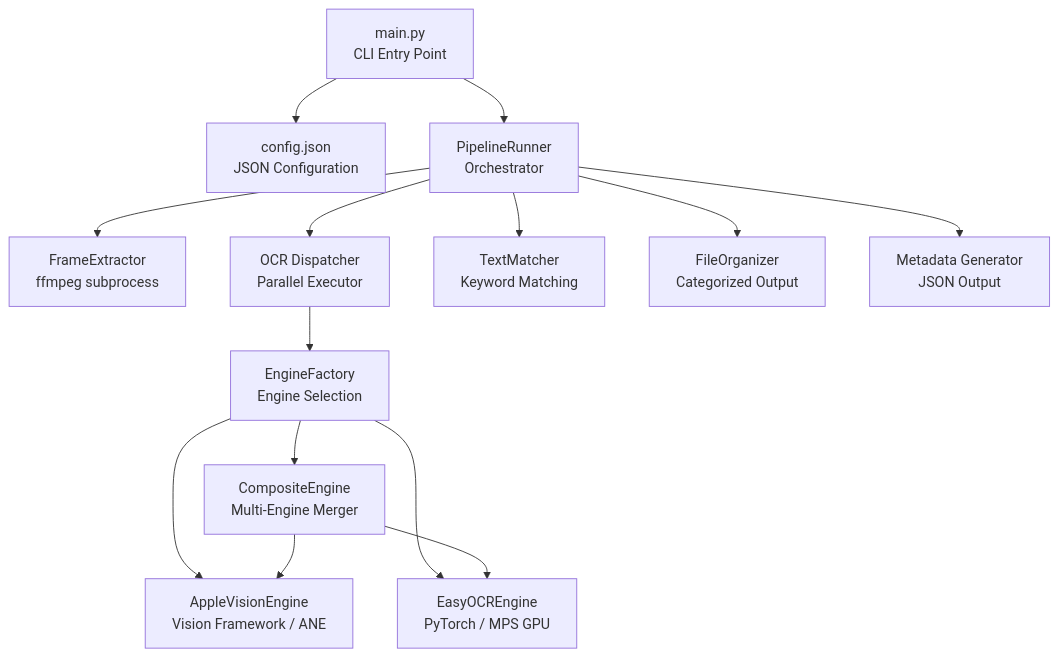
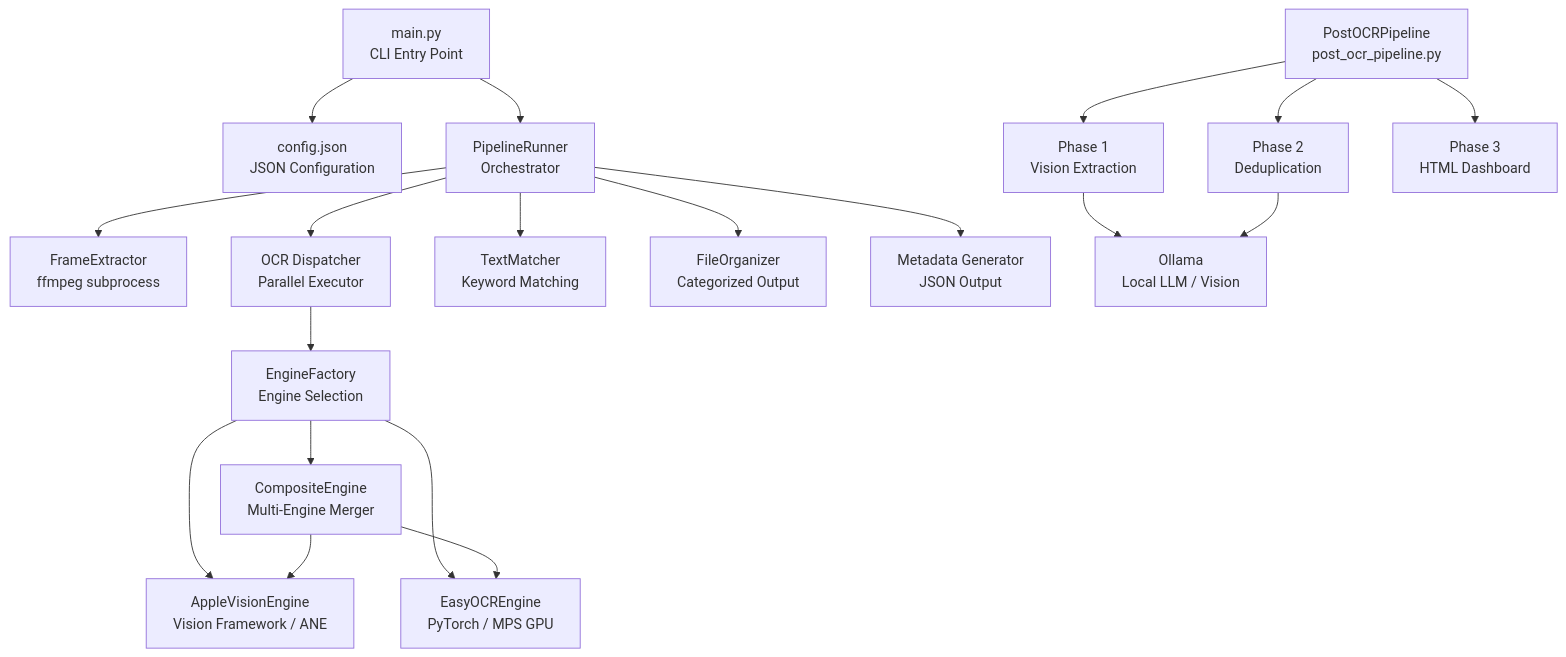
One commit to Mukhar/LOCALOCR changed the first of 6 diagrams in ARCHITECTURE.md. Above: the diagram before and after it, drawn with Mermaid. The commit also changed other lines of this file and 1 other file, not shown here.

Commit message:
feat: enhance documentation for post-OCR pipeline and Unicode handling

````diff
--- a/ARCHITECTURE.md
+++ b/ARCHITECTURE.md
@@ -24,29 +24,39 @@
 ```mermaid
 graph TB
     CLI[main.py<br/>CLI Entry Point]
     CONFIG[config.json<br/>JSON Configuration]
     PIPELINE[PipelineRunner<br/>Orchestrator]
     EXTRACTOR[FrameExtractor<br/>ffmpeg subprocess]
     OCR_DISPATCH[OCR Dispatcher<br/>Parallel Executor]
     FACTORY[EngineFactory<br/>Engine Selection]
     APPLE[AppleVisionEngine<br/>Vision Framework / ANE]
     EASY[EasyOCREngine<br/>PyTorch / MPS GPU]
     COMPOSITE[CompositeEngine<br/>Multi-Engine Merger]
     MATCHER[TextMatcher<br/>Keyword Matching]
     ORGANIZER[FileOrganizer<br/>Categorized Output]
     META[Metadata Generator<br/>JSON Output]
+    POST[PostOCRPipeline<br/>post_ocr_pipeline.py]
+    P1[Phase 1<br/>Vision Extraction]
+    P2[Phase 2<br/>Deduplication]
+    P3[Phase 3<br/>HTML Dashboard]
+    OLLAMA[Ollama<br/>Local LLM / Vision]
 
     CLI --> CONFIG
     CLI --> PIPELINE
     PIPELINE --> EXTRACTOR
     PIPELINE --> OCR_DISPATCH
     PIPELINE --> MATCHER
     PIPELINE --> ORGANIZER
     PIPELINE --> META
     OCR_DISPATCH --> FACTORY
     FACTORY --> APPLE
     FACTORY --> EASY
     FACTORY --> COMPOSITE
     COMPOSITE --> APPLE
     COMPOSITE --> EASY
+    POST --> P1
+    POST --> P2
+    POST --> P3
+    P1 --> OLLAMA
+    P2 --> OLLAMA
 ```
````
